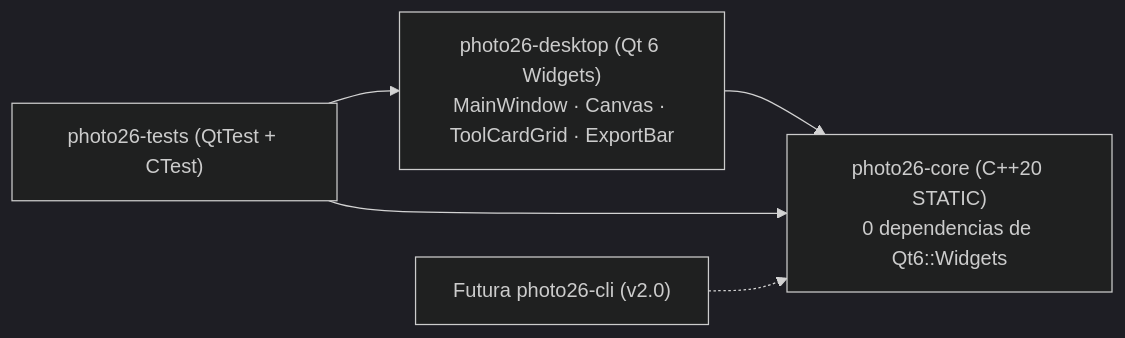
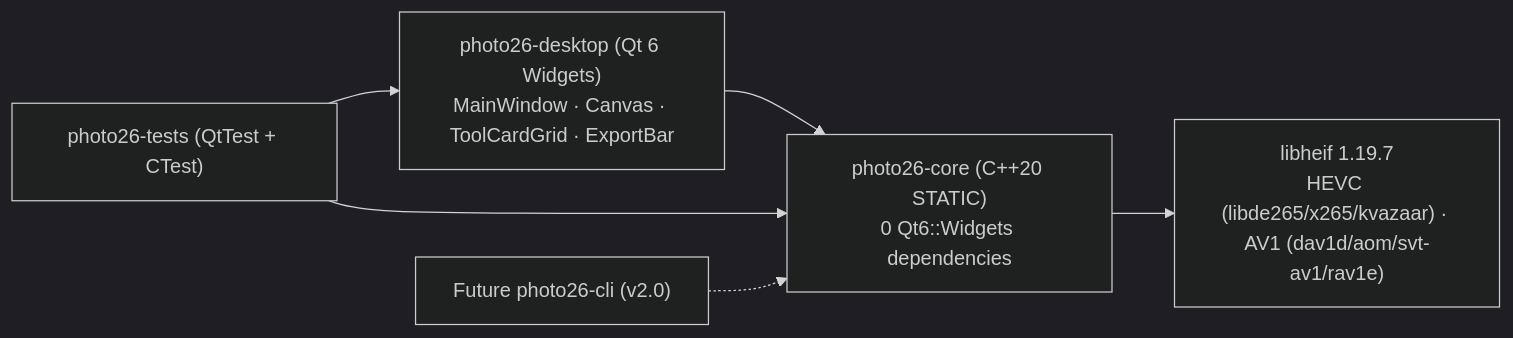
One commit to JaviBlzq/Photo26 changed the diagram in README.md. Above: the diagram before and after it, drawn with Mermaid (dark theme). The commit also changed other lines of this file, not shown here.

Commit message:
docs: rewrite README in English with full v1.1.0 Apple HEIC/HEIF/AVIF/ICNS/DNG documentation

````diff
--- a/README.md
+++ b/README.md
@@ -127,7 +128,8 @@
 ```mermaid
 flowchart LR
-    UI["photo26-desktop (Qt 6 Widgets)<br/>MainWindow · Canvas · ToolCardGrid · ExportBar"] --> CORE["photo26-core (C++20 STATIC)<br/>0 dependencias de Qt6::Widgets"]
+    UI["photo26-desktop (Qt 6 Widgets)<br/>MainWindow · Canvas · ToolCardGrid · ExportBar"] --> CORE["photo26-core (C++20 STATIC)<br/>0 Qt6::Widgets dependencies"]
+    CORE --> HEIF["libheif 1.19.7<br/>HEVC (libde265/x265/kvazaar) · AV1 (dav1d/aom/svt-av1/rav1e)"]
     TESTS["photo26-tests (QtTest + CTest)"] --> UI
     TESTS --> CORE
-    CLI["Futura photo26-cli (v2.0)"] -.-> CORE
+    CLI["Future photo26-cli (v2.0)"] -.-> CORE
 ```
````
